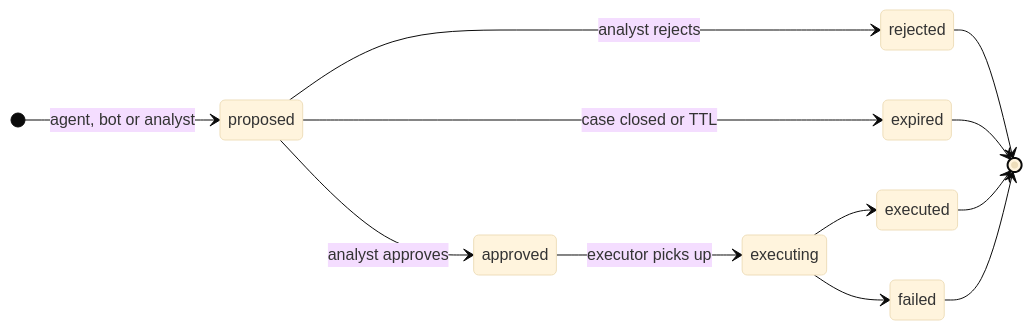
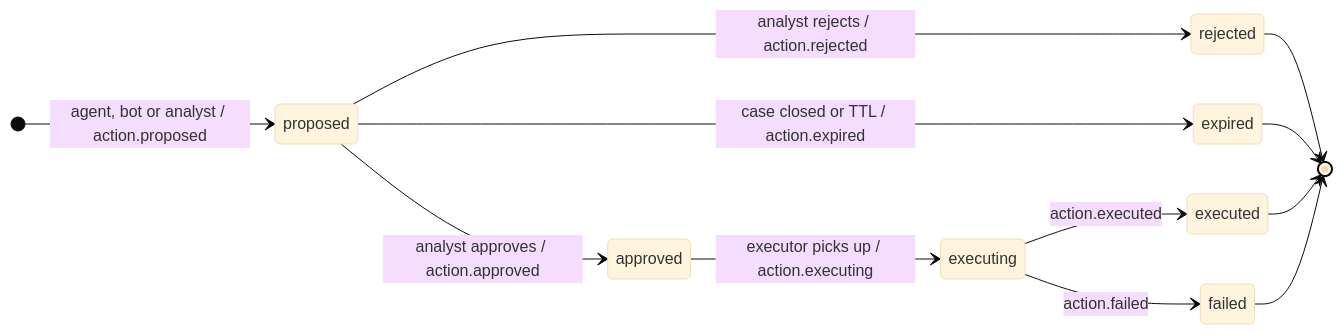
The second of 2 diagrams in docs/uml/state-machine.md (vihag/agentic-triage), drawn with Mermaid (base theme) before and after one commit. The commit also changed other lines of this file and 15 other files, not shown here.

First line of the commit message:
contract change: action.expired and action.executing audit events

````diff
--- a/docs/uml/state-machine.md
+++ b/docs/uml/state-machine.md
@@ -45,16 +45,16 @@
 ```mermaid
 %% name: uml-state-machine-action
 stateDiagram-v2
   direction LR
-  [*] --> proposed: agent, bot or analyst
-  proposed --> approved: analyst approves
-  proposed --> rejected: analyst rejects
-  proposed --> expired: case closed or TTL
-  approved --> executing: executor picks up
-  executing --> executed
-  executing --> failed
+  [*] --> proposed: agent, bot or analyst / action.proposed
+  proposed --> approved: analyst approves / action.approved
+  proposed --> rejected: analyst rejects / action.rejected
+  proposed --> expired: case closed or TTL / action.expired
+  approved --> executing: executor picks up / action.executing
+  executing --> executed: action.executed
+  executing --> failed: action.failed
   rejected --> [*]
   expired --> [*]
   executed --> [*]
   failed --> [*]
 ```
````
